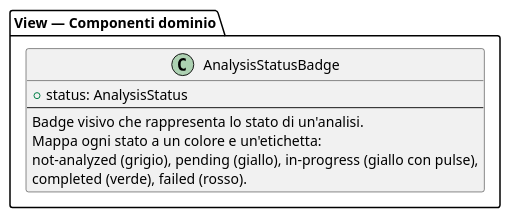
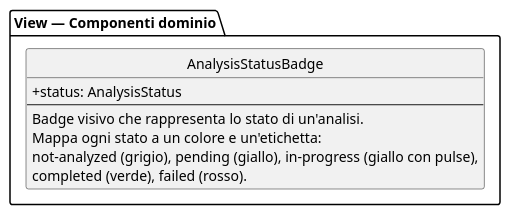
One commit to SkarabGroup/DocumentazioneProgetto changed the diagram in assets/st_diagrams/code/plantuml/frontend/components/analysis_status_badge.plantuml. Above: the diagram before and after it, drawn with PlantUML. The commit also changed 54 other files, not shown here.

Commit message:
Aggiunti diagrammi frontend

```diff
--- a/assets/st_diagrams/code/plantuml/frontend/components/analysis_status_badge.plantuml
+++ b/assets/st_diagrams/code/plantuml/frontend/components/analysis_status_badge.plantuml
@@ -1,12 +1,19 @@
 @startuml
+
+skinparam componentStyle uml2.5
+skinparam linetype ortho
+skinparam nodesep auto
+skinparam ranksep 70
+skinparam ClassAttributeIconSize 0
+hide circles
 package "View — Componenti dominio" {
   class AnalysisStatusBadge {
     + status: AnalysisStatus
     --
     Badge visivo che rappresenta lo stato di un'analisi.
     Mappa ogni stato a un colore e un'etichetta:
     not-analyzed (grigio), pending (giallo), in-progress (giallo con pulse),
     completed (verde), failed (rosso).
   }
 }
 @enduml
```
